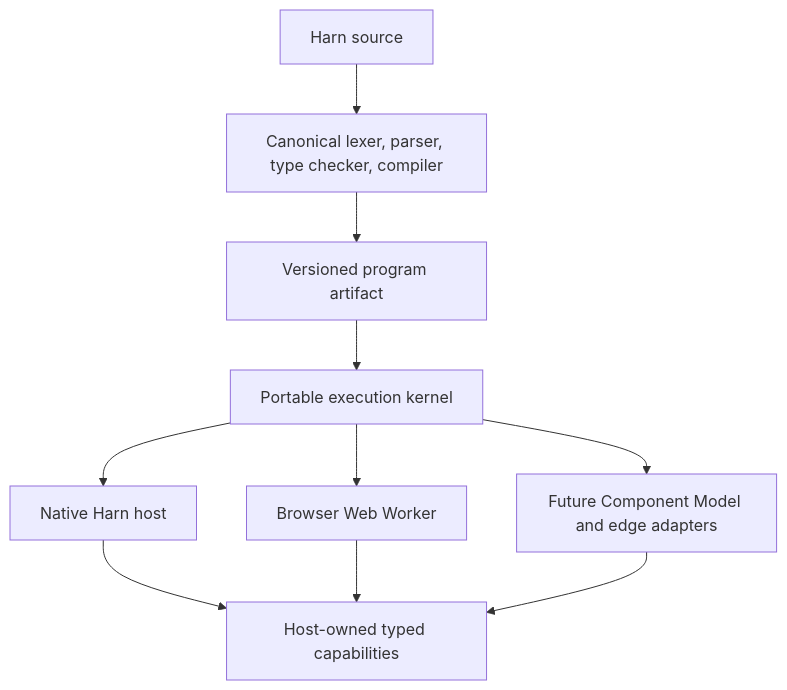
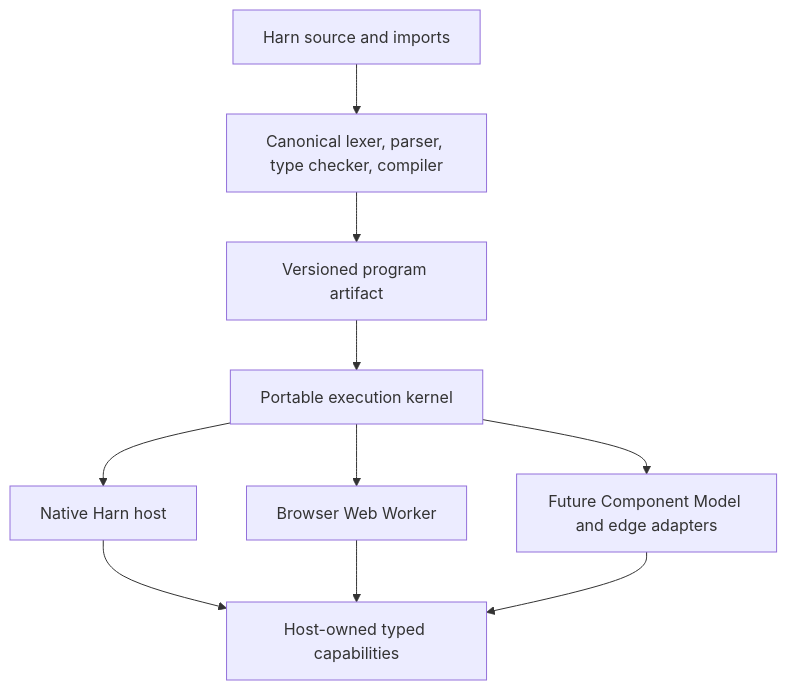
Before and after one commit to burin-labs/harn: the first of 3 diagrams in docs/src/concepts/portable-execution.md, drawn with Mermaid. The commit also changed other lines of this file and 88 other files, not shown here.

````diff
--- a/docs/src/concepts/portable-execution.md
+++ b/docs/src/concepts/portable-execution.md
@@ -7,10 +7,10 @@
 ```mermaid
 flowchart TD
-    source[Harn source] --> frontend[Canonical lexer, parser, type checker, compiler]
+    source[Harn source and imports] --> frontend[Canonical lexer, parser, type checker, compiler]
     frontend --> artifact[Versioned program artifact]
     artifact --> kernel[Portable execution kernel]
     kernel --> native[Native Harn host]
     kernel --> browser[Browser Web Worker]
     kernel --> future[Future Component Model and edge adapters]
     native & browser & future --> capabilities[Host-owned typed capabilities]
 ```
````
